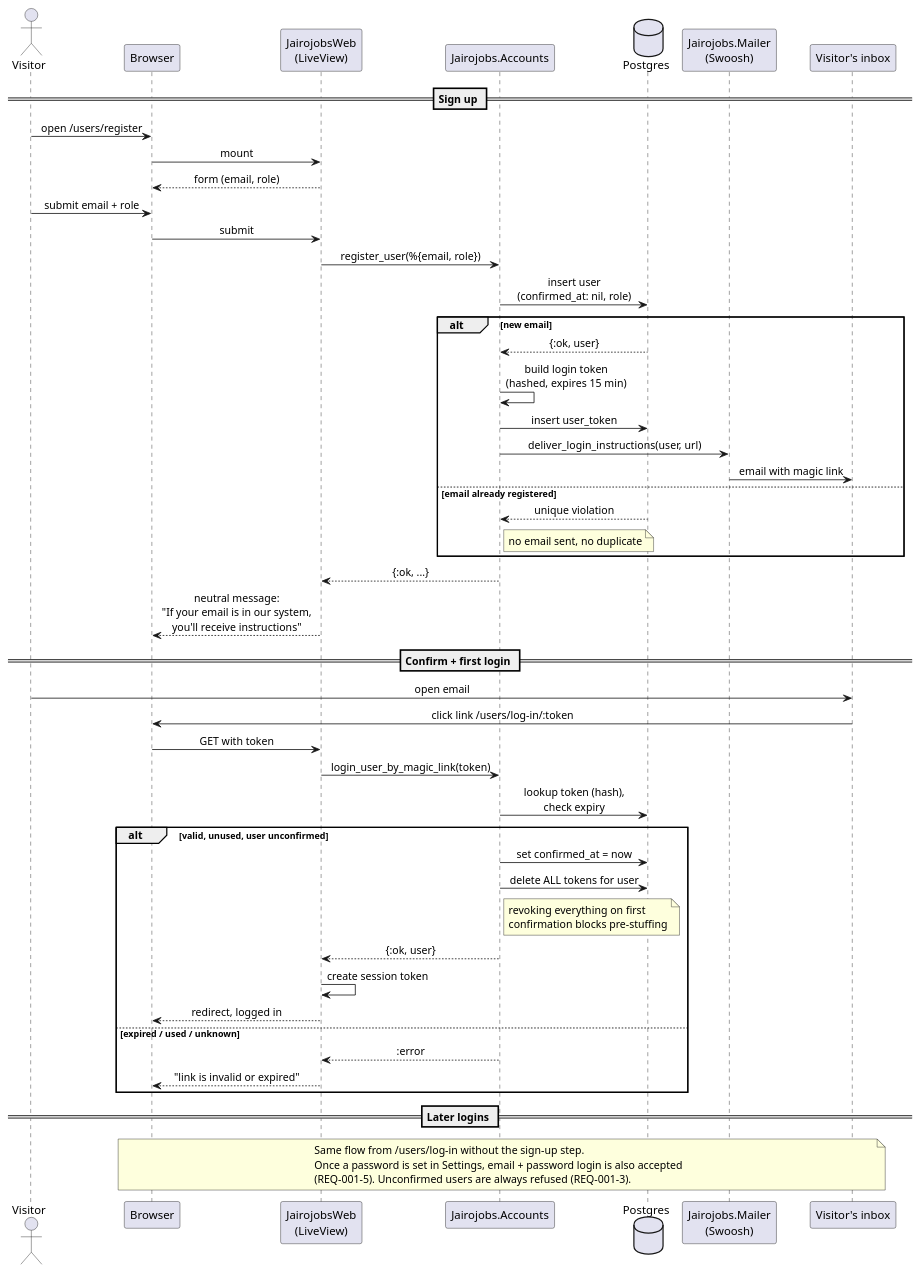
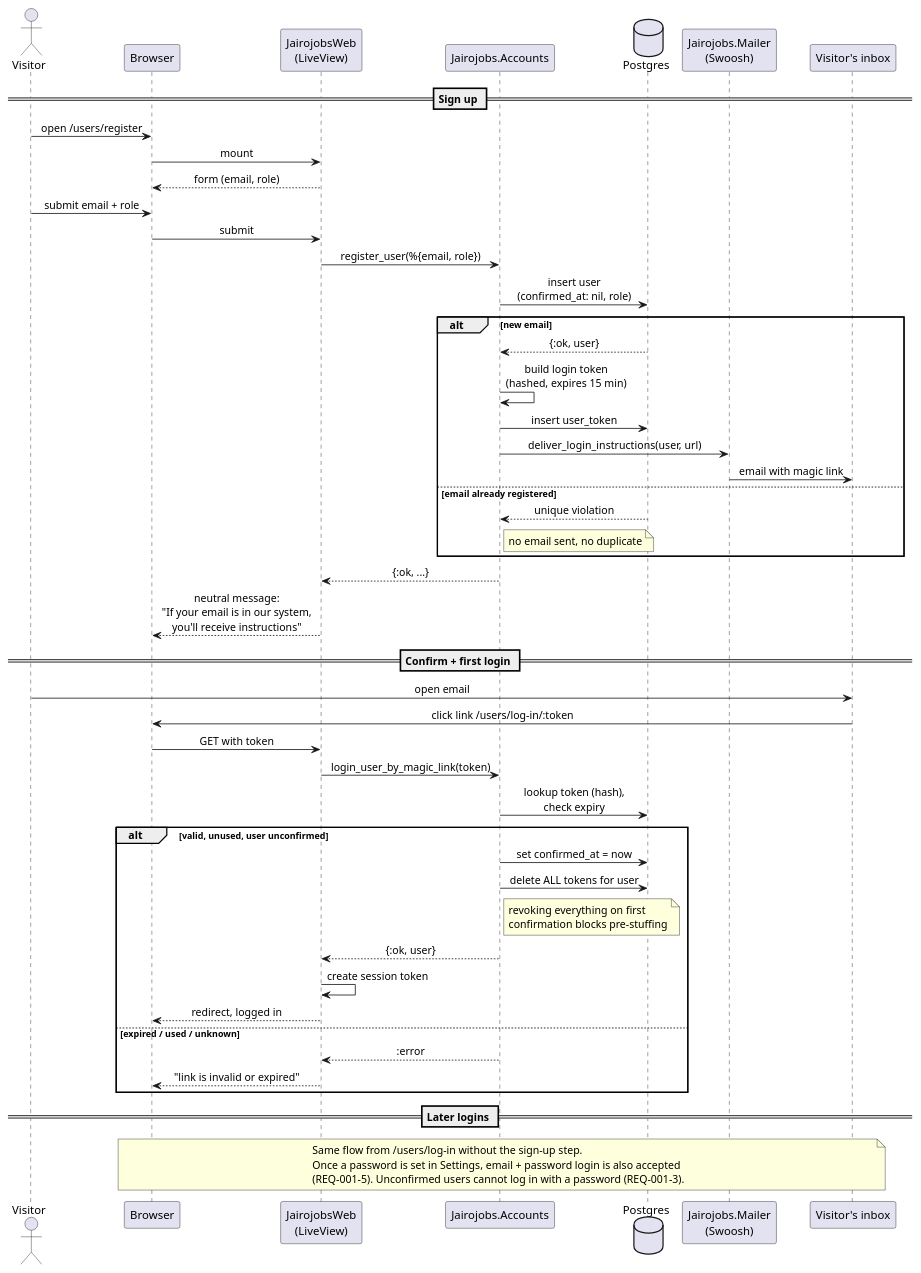
One commit to raseniero/jairojobs-elixir changed the diagram in docs/specs/001-accounts-authentication/diagrams/sequence-magic-link-signup.puml. Above: the diagram before and after it, drawn with PlantUML. The commit also changed 4 other files, not shown here.

Commit message:
docs(spec 001): tighten REQ-001-3 wording on unconfirmed accounts; align two diagrams

```diff
--- a/docs/specs/001-accounts-authentication/diagrams/sequence-magic-link-signup.puml
+++ b/docs/specs/001-accounts-authentication/diagrams/sequence-magic-link-signup.puml
@@ -1,62 +1,62 @@
 @startuml sequence-magic-link-signup
 ' Spec 001 — sign up and first login via magic link (REQ-001-2, REQ-001-3).
 ' Parties: Browser, JairojobsWeb (LiveView), Jairojobs.Accounts, Mailer, user's inbox.
 
 skinparam sequenceMessageAlign center
 skinparam responseMessageBelowArrow true
 
 actor Visitor
 participant "Browser" as B
 participant "JairojobsWeb\n(LiveView)" as W
 participant "Jairojobs.Accounts" as ACC
 database "Postgres" as DB
 participant "Jairojobs.Mailer\n(Swoosh)" as M
 participant "Visitor's inbox" as INBOX
 
 == Sign up ==
 Visitor -> B : open /users/register
 B -> W : mount
 W --> B : form (email, role)
 Visitor -> B : submit email + role
 B -> W : submit
 W -> ACC : register_user(%{email, role})
 ACC -> DB : insert user\n(confirmed_at: nil, role)
 alt new email
   DB --> ACC : {:ok, user}
   ACC -> ACC : build login token\n(hashed, expires 15 min)
   ACC -> DB : insert user_token
   ACC -> M : deliver_login_instructions(user, url)
   M -> INBOX : email with magic link
 else email already registered
   DB --> ACC : unique violation
   note right of ACC : no email sent, no duplicate
 end
 ACC --> W : {:ok, ...}
 W --> B : neutral message:\n"If your email is in our system,\nyou'll receive instructions"
 
 == Confirm + first login ==
 Visitor -> INBOX : open email
 INBOX -> B : click link /users/log-in/:token
 B -> W : GET with token
 W -> ACC : login_user_by_magic_link(token)
 ACC -> DB : lookup token (hash),\ncheck expiry
 alt valid, unused, user unconfirmed
   ACC -> DB : set confirmed_at = now
   ACC -> DB : delete ALL tokens for user
   note right of ACC : revoking everything on first\nconfirmation blocks pre-stuffing
   ACC --> W : {:ok, user}
   W -> W : create session token
   W --> B : redirect, logged in
 else expired / used / unknown
   ACC --> W : :error
   W --> B : "link is invalid or expired"
 end
 
 == Later logins ==
 note over B, INBOX
   Same flow from /users/log-in without the sign-up step.
   Once a password is set in Settings, email + password login is also accepted
-  (REQ-001-5). Unconfirmed users are always refused (REQ-001-3).
+  (REQ-001-5). Unconfirmed users cannot log in with a password (REQ-001-3).
 end note
 
 @enduml
```
